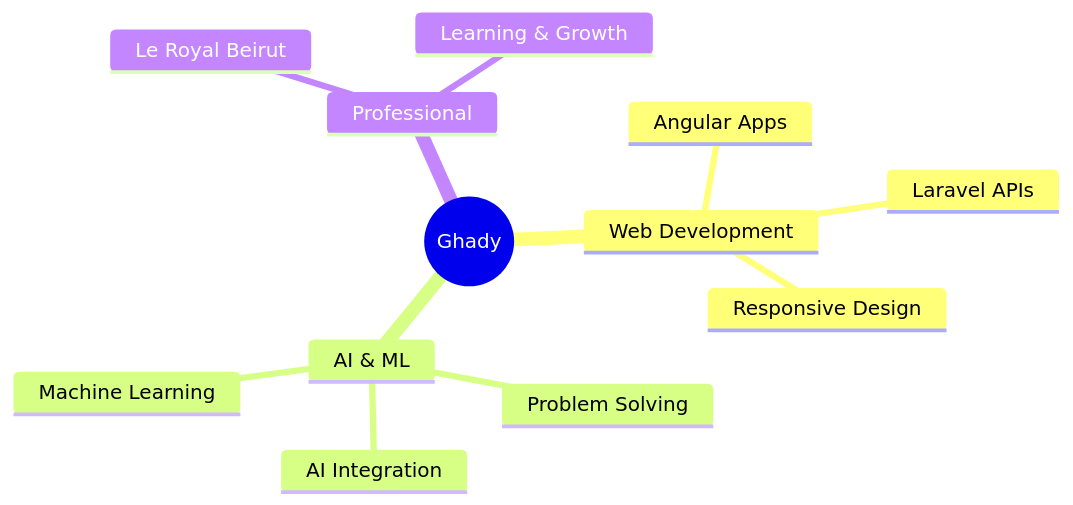
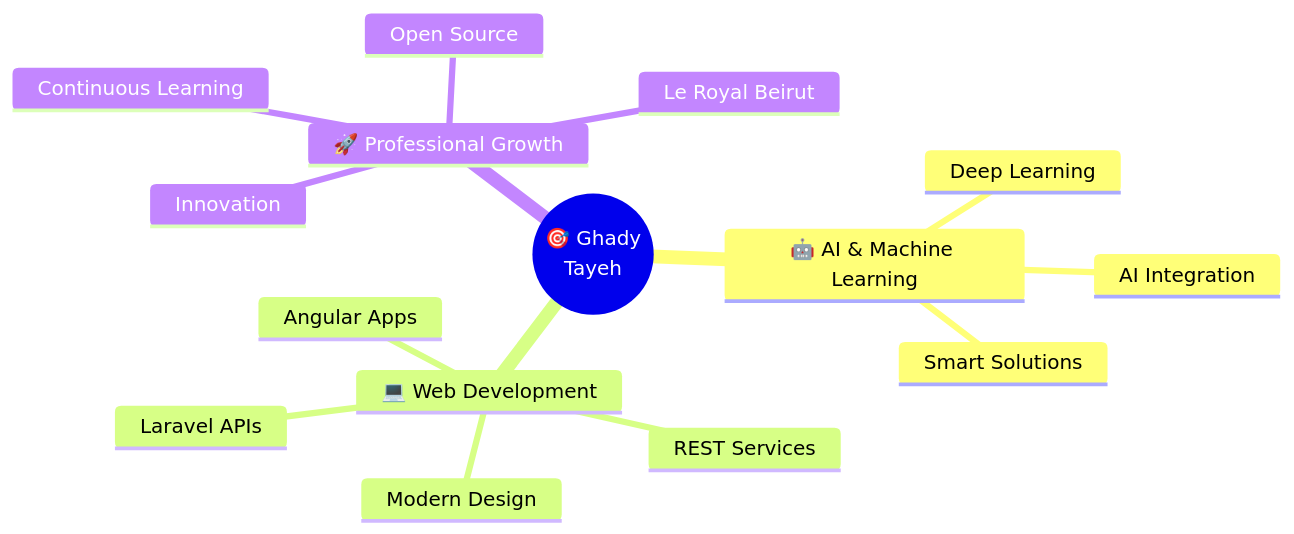
Before and after one commit to ghady7/ghady7: the diagram in README.md, drawn with Mermaid. The commit also changed other lines of this file, not shown here.

````diff
--- a/README.md
+++ b/README.md
@@ -207,15 +309,18 @@
 ```mermaid
 mindmap
-  root((Ghady))
-    Web Development
+  root((🎯 Ghady<br/>Tayeh))
+    🤖 AI & Machine Learning
+      Deep Learning
+      AI Integration
+      Smart Solutions
+    💻 Web Development
       Angular Apps
       Laravel APIs
-      Responsive Design
-    AI & ML
-      Machine Learning
-      AI Integration
-      Problem Solving
-    Professional
+      Modern Design
+      REST Services
+    🚀 Professional Growth
       Le Royal Beirut
-      Learning & Growth
+      Open Source
+      Continuous Learning
+      Innovation
 ```
````
